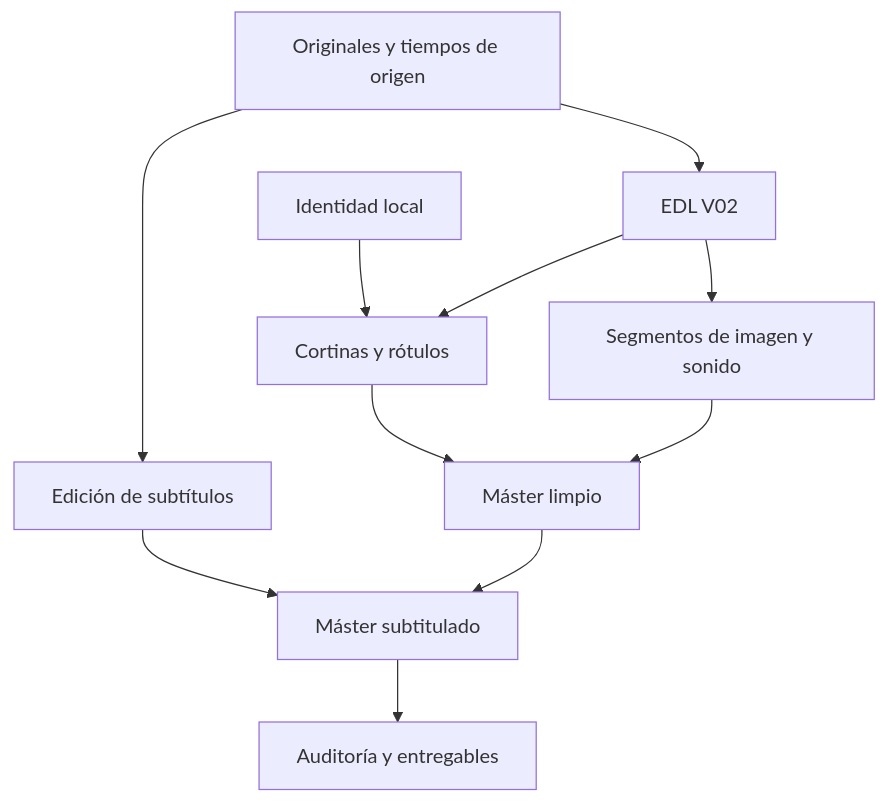
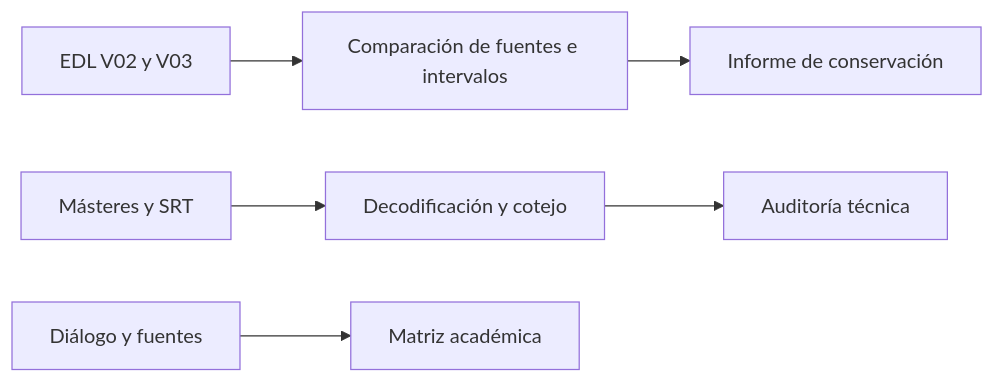
One commit to mmorfe-engineer/proyecto-said-podcast-nov2026 changed the third of 4 diagrams in README.md. Above: the diagram before and after it, drawn with Mermaid. The commit also changed other lines of this file and 22 other files, not shown here.

Commit message:
Produce la edición académica El Túnel V03

````diff
--- a/README.md
+++ b/README.md
@@ -20,13 +64,8 @@
 ```mermaid
-flowchart TD
-  A[Originales y tiempos de origen] --> B[EDL V02]
-  A --> C[Edición de subtítulos]
-  I[Identidad local] --> D[Cortinas y rótulos]
-  B --> D
-  B --> E[Segmentos de imagen y sonido]
-  D --> F[Máster limpio]
-  E --> F
-  C --> G[Máster subtitulado]
-  F --> G
-  G --> H[Auditoría y entregables]
+flowchart LR
+  A[EDL V02 y V03] --> B[Comparación de fuentes e intervalos]
+  C[Másteres y SRT] --> D[Decodificación y cotejo]
+  B --> E[Informe de conservación]
+  D --> F[Auditoría técnica]
+  G[Diálogo y fuentes] --> H[Matriz académica]
 ```
````
